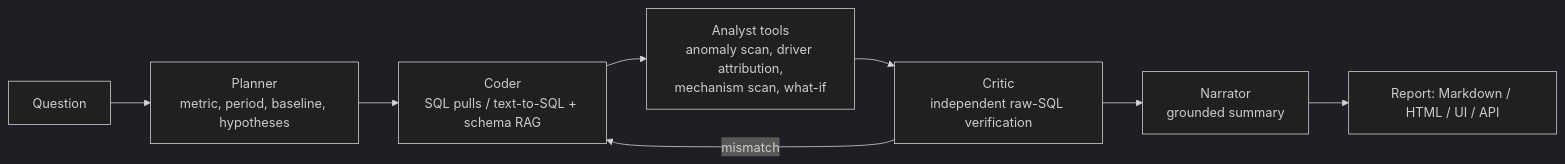
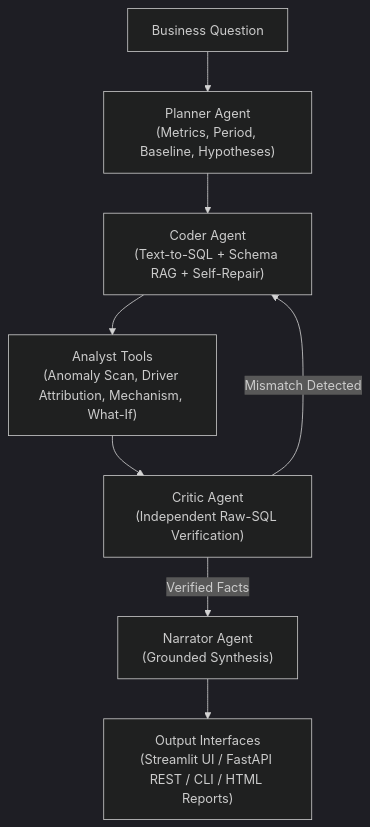
One commit to shwetarahate13/ai-data-anaylst changed the diagram in README.md. Above: the diagram before and after it, drawn with Mermaid (dark theme). The commit also changed other lines of this file and 50 other files, not shown here.

````diff
--- a/README.md
+++ b/README.md
@@ -36,10 +46,10 @@
 ```mermaid
-flowchart LR
-  Q[Question] --> P[Planner<br/>metric, period, baseline, hypotheses]
-  P --> C[Coder<br/>SQL pulls / text-to-SQL + schema RAG]
-  C --> A[Analyst tools<br/>anomaly scan, driver attribution,<br/>mechanism scan, what-if]
-  A --> K[Critic<br/>independent raw-SQL verification]
-  K -- mismatch --> C
-  K --> N[Narrator<br/>grounded summary]
-  N --> R[Report: Markdown / HTML / UI / API]
+flowchart TD
+  Q["Business Question"] --> P["Planner Agent<br/>(Metrics, Period, Baseline, Hypotheses)"]
+  P --> C["Coder Agent<br/>(Text-to-SQL + Schema RAG + Self-Repair)"]
+  C --> A["Analyst Tools<br/>(Anomaly Scan, Driver Attribution, Mechanism, What-If)"]
+  A --> K["Critic Agent<br/>(Independent Raw-SQL Verification)"]
+  K -- "Mismatch Detected" --> C
+  K -- "Verified Facts" --> N["Narrator Agent<br/>(Grounded Synthesis)"]
+  N --> R["Output Interfaces<br/>(Streamlit UI / FastAPI REST / CLI / HTML Reports)"]
 ```
````
